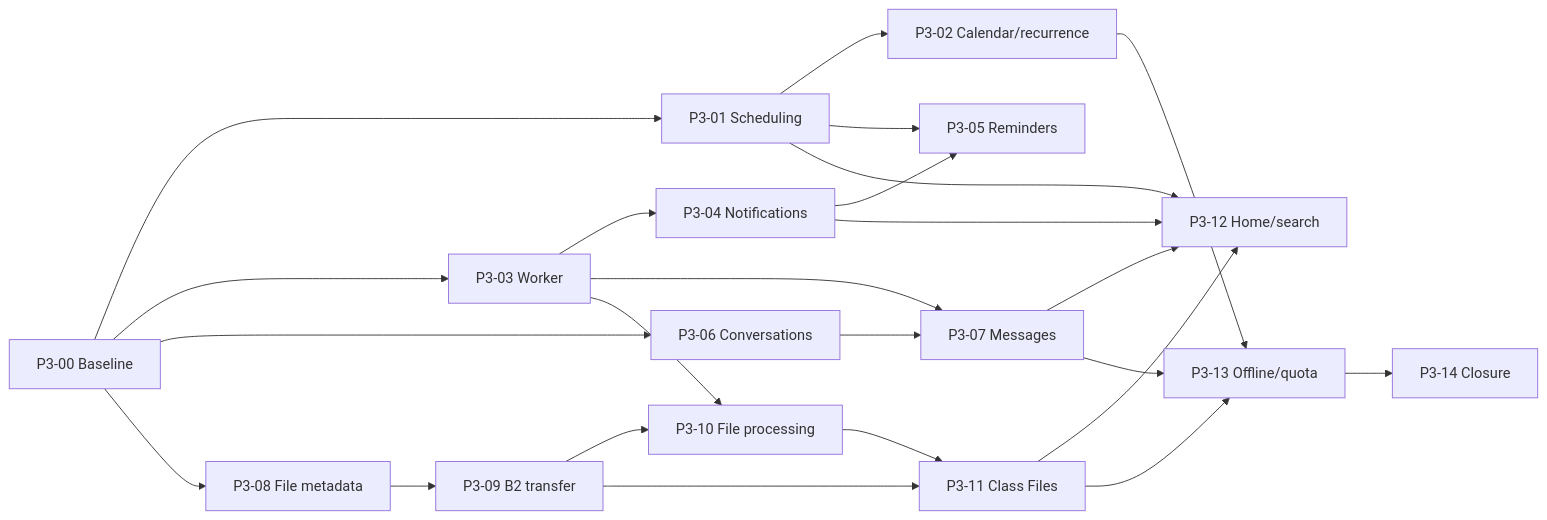
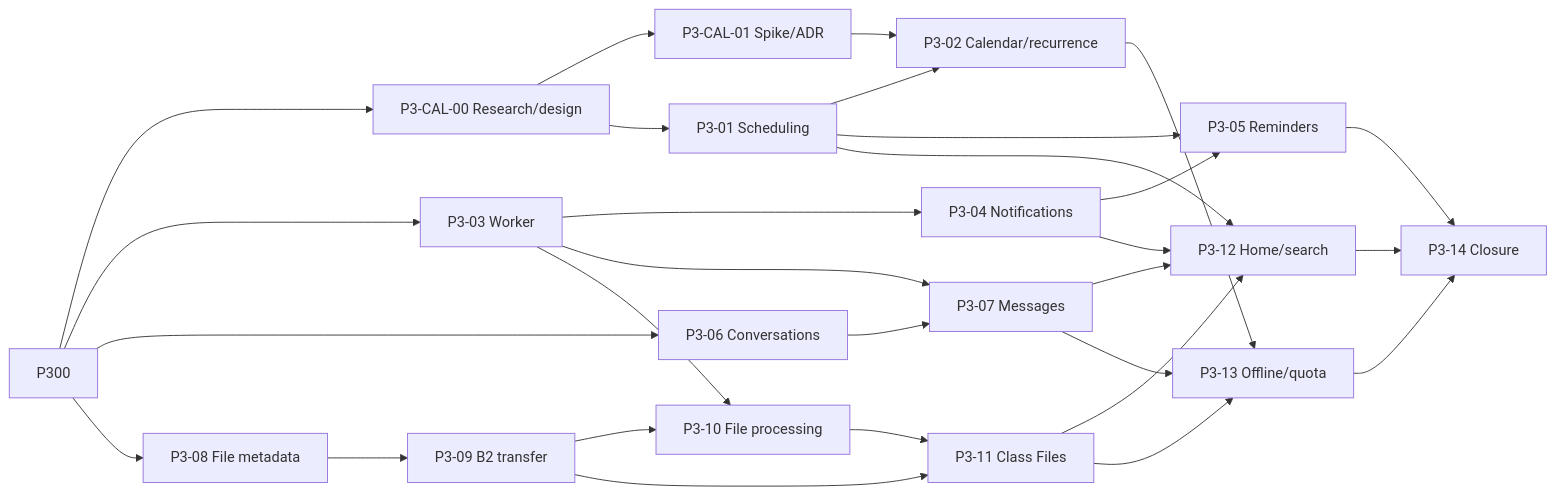
One commit to basangnguyen/TUTORHUB_WEB changed the diagram in docs/PHASE_3_BACKLOG.md. Above: the diagram before and after it, drawn with Mermaid. The commit also changed other lines of this file and 5 other files, not shown here.

````diff
--- a/docs/PHASE_3_BACKLOG.md
+++ b/docs/PHASE_3_BACKLOG.md
@@ -71,26 +78,31 @@
 ```mermaid
 flowchart LR
-    P300["P3-00 Baseline"] --> P301["P3-01 Scheduling"]
+    P300 --> PC00["P3-CAL-00 Research/design"]
+    PC00 --> PC01["P3-CAL-01 Spike/ADR"]
+    PC00 --> P301["P3-01 Scheduling"]
+    PC01 --> P302
     P300 --> P303["P3-03 Worker"]
     P300 --> P306["P3-06 Conversations"]
     P300 --> P308["P3-08 File metadata"]
     P301 --> P302["P3-02 Calendar/recurrence"]
     P301 --> P305["P3-05 Reminders"]
     P303 --> P304["P3-04 Notifications"]
     P304 --> P305
     P306 --> P307["P3-07 Messages"]
     P303 --> P307
     P308 --> P309["P3-09 B2 transfer"]
     P309 --> P310["P3-10 File processing"]
     P303 --> P310
     P309 --> P311["P3-11 Class Files"]
     P310 --> P311
     P301 --> P312["P3-12 Home/search"]
     P304 --> P312
     P307 --> P312
     P311 --> P312
     P302 --> P313["P3-13 Offline/quota"]
     P307 --> P313
     P311 --> P313
-    P313 --> P314["P3-14 Closure"]
+    P305 --> P314["P3-14 Closure"]
+    P312 --> P314
+    P313 --> P314
 ```
````
